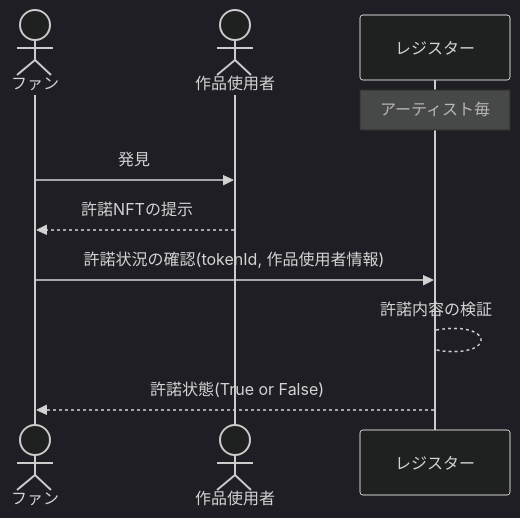
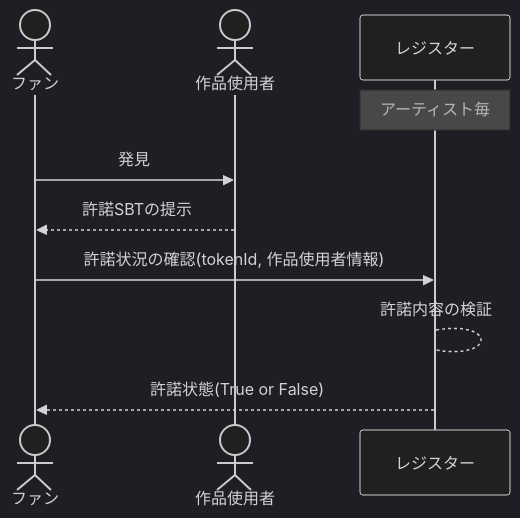
One commit to junyatakechi/SmArtworksContract changed the second of 3 diagrams in README.md. Above: the diagram before and after it, drawn with Mermaid (dark theme). The commit also changed other lines of this file, not shown here.

````diff
--- a/README.md
+++ b/README.md
@@ -24,12 +29,12 @@
 ```mermaid
 sequenceDiagram
     actor ファン;
     actor 作品使用者;
     participant レジスター;
     Note over レジスター: アーティスト毎
     ファン ->> 作品使用者: 発見
-    作品使用者 -->> ファン: 許諾NFTの提示
+    作品使用者 -->> ファン: 許諾SBTの提示
     ファン ->> レジスター: 許諾状況の確認(tokenId, 作品使用者情報)
     レジスター --> レジスター: 許諾内容の検証
     レジスター -->> ファン: 許諾状態(True or False)
 ```
````
